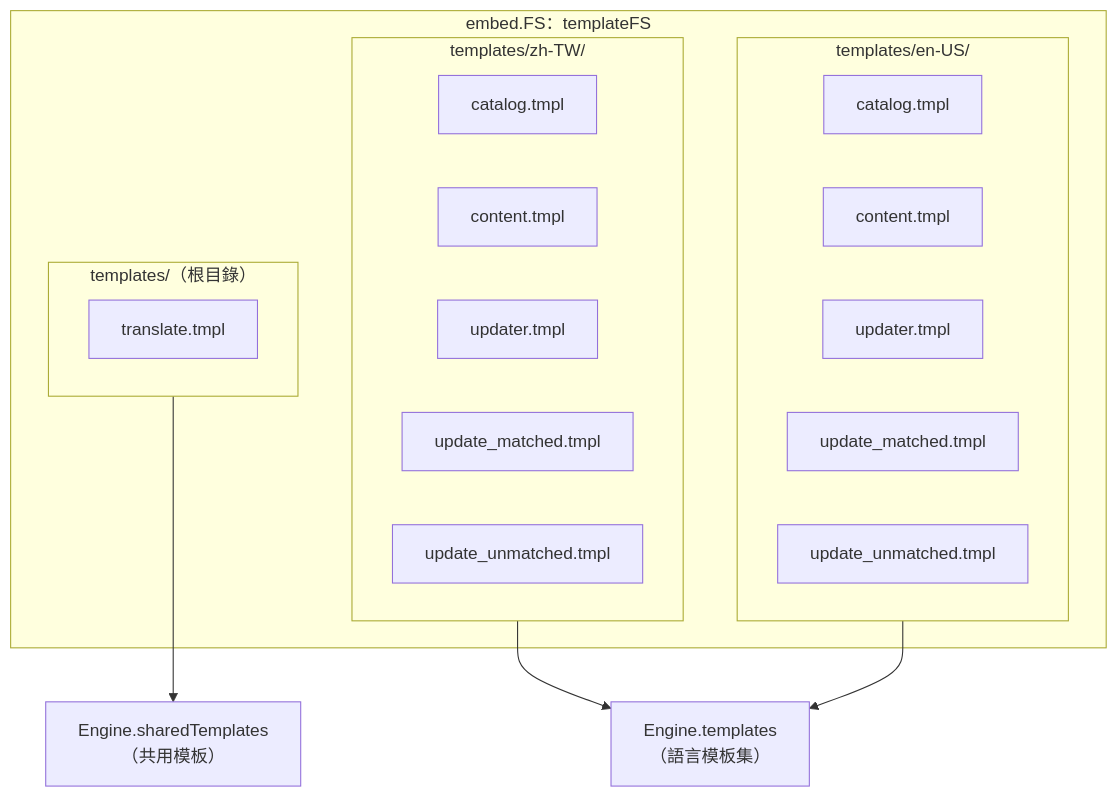
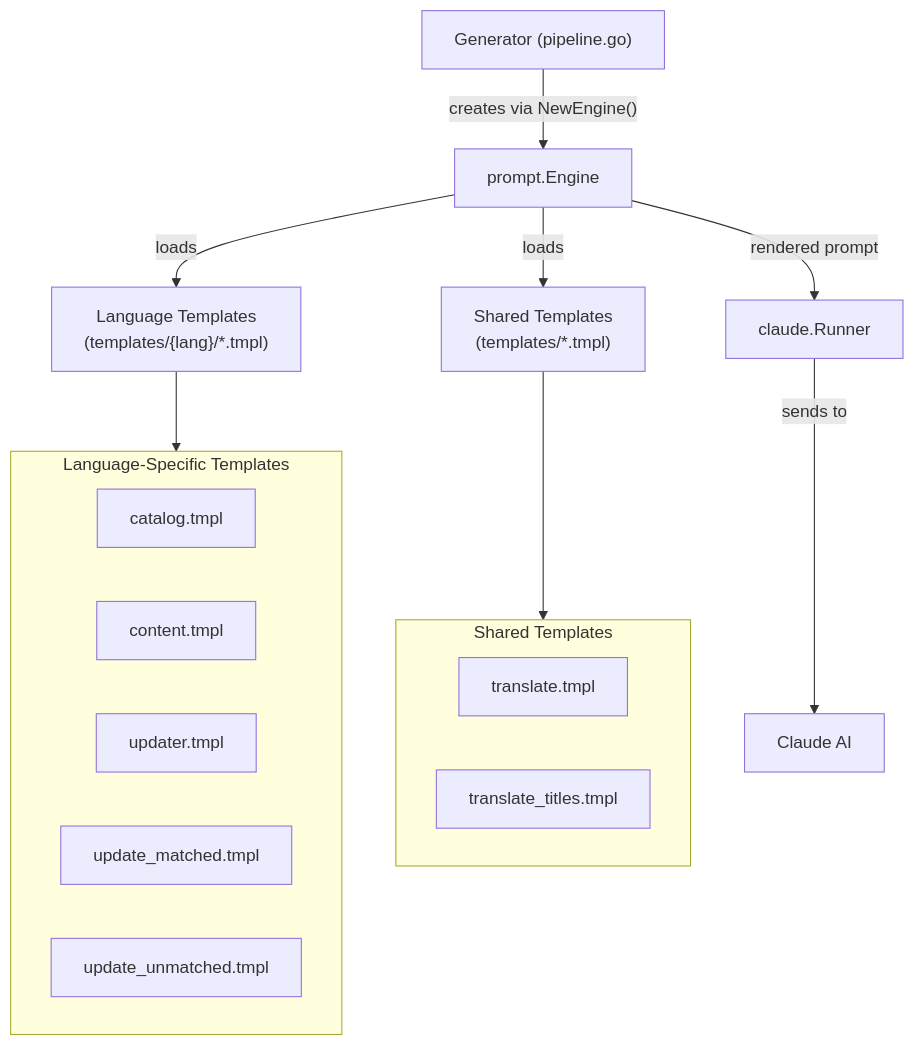
The first of 2 diagrams in docs/core-modules/prompt-engine/index.md (monkenWu/selfmd-claude-code), drawn with Mermaid before and after one commit. The commit also changed other lines of this file and 145 other files, not shown here.

````diff
--- a/docs/core-modules/prompt-engine/index.md
+++ b/docs/core-modules/prompt-engine/index.md
@@ -54,29 +20,25 @@
 ```mermaid
 flowchart TD
-    subgraph FS["embed.FS：templateFS"]
-        subgraph ZhTW["templates/zh-TW/"]
-            z1["catalog.tmpl"]
-            z2["content.tmpl"]
-            z3["updater.tmpl"]
-            z4["update_matched.tmpl"]
-            z5["update_unmatched.tmpl"]
-        end
-        subgraph EnUS["templates/en-US/"]
-            e1["catalog.tmpl"]
-            e2["content.tmpl"]
-            e3["updater.tmpl"]
-            e4["update_matched.tmpl"]
-            e5["update_unmatched.tmpl"]
-        end
-        subgraph Shared["templates/（根目錄）"]
-            s1["translate.tmpl"]
-        end
+    Generator["Generator (pipeline.go)"] -->|"creates via NewEngine()"| Engine["prompt.Engine"]
+    Engine -->|"loads"| LangTemplates["Language Templates\n(templates/{lang}/*.tmpl)"]
+    Engine -->|"loads"| SharedTemplates["Shared Templates\n(templates/*.tmpl)"]
+    
+    subgraph LanguageSpecific["Language-Specific Templates"]
+        CatalogTmpl["catalog.tmpl"]
+        ContentTmpl["content.tmpl"]
+        UpdaterTmpl["updater.tmpl"]
+        UpdateMatchedTmpl["update_matched.tmpl"]
+        UpdateUnmatchedTmpl["update_unmatched.tmpl"]
     end
-
-    Engine_Lang["Engine.templates\n（語言模板集）"]
-    Engine_Shared["Engine.sharedTemplates\n（共用模板）"]
-
-    ZhTW --> Engine_Lang
-    EnUS --> Engine_Lang
-    Shared --> Engine_Shared
+    
+    subgraph Shared["Shared Templates"]
+        TranslateTmpl["translate.tmpl"]
+        TranslateTitlesTmpl["translate_titles.tmpl"]
+    end
+    
+    LangTemplates --> LanguageSpecific
+    SharedTemplates --> Shared
+    
+    Engine -->|"rendered prompt"| Runner["claude.Runner"]
+    Runner -->|"sends to"| Claude["Claude AI"]
 ```
````
